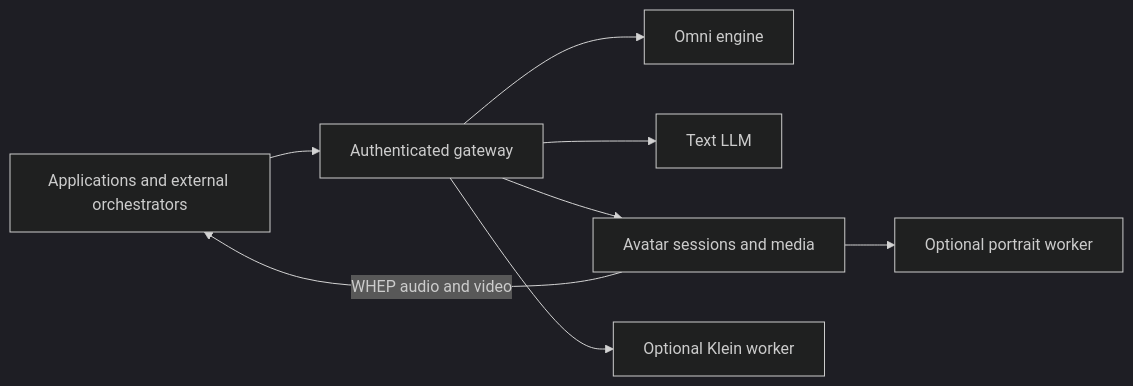
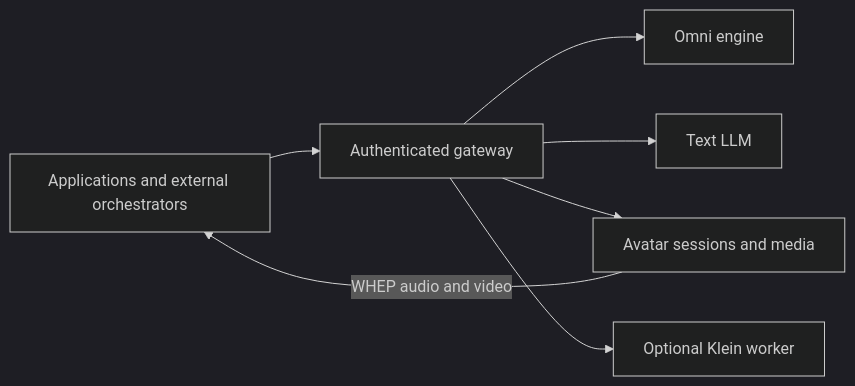
One commit to 4everWZ/omni-avatar-api changed the diagram in docs/architecture.md. Above: the diagram before and after it, drawn with Mermaid (dark theme). The commit also changed other lines of this file and 54 other files, not shown here.

````diff
--- a/docs/architecture.md
+++ b/docs/architecture.md
@@ -5,10 +5,9 @@
 ```mermaid
 flowchart LR
     Client[Applications and external orchestrators] --> Gateway[Authenticated gateway]
     Gateway --> Omni[Omni engine]
     Gateway --> LLM[Text LLM]
     Gateway --> Avatar[Avatar sessions and media]
-    Avatar --> Portrait[Optional portrait worker]
     Gateway --> Images[Optional Klein worker]
     Avatar -->|WHEP audio and video| Client
 ```
````
